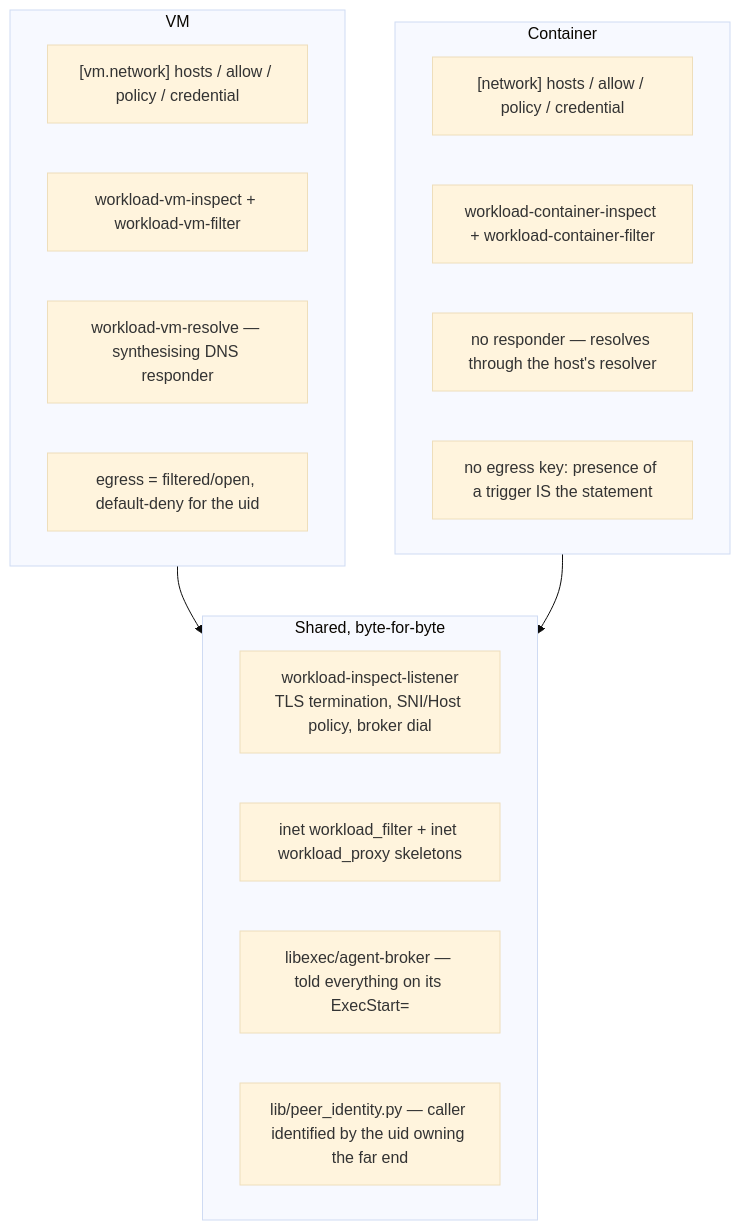
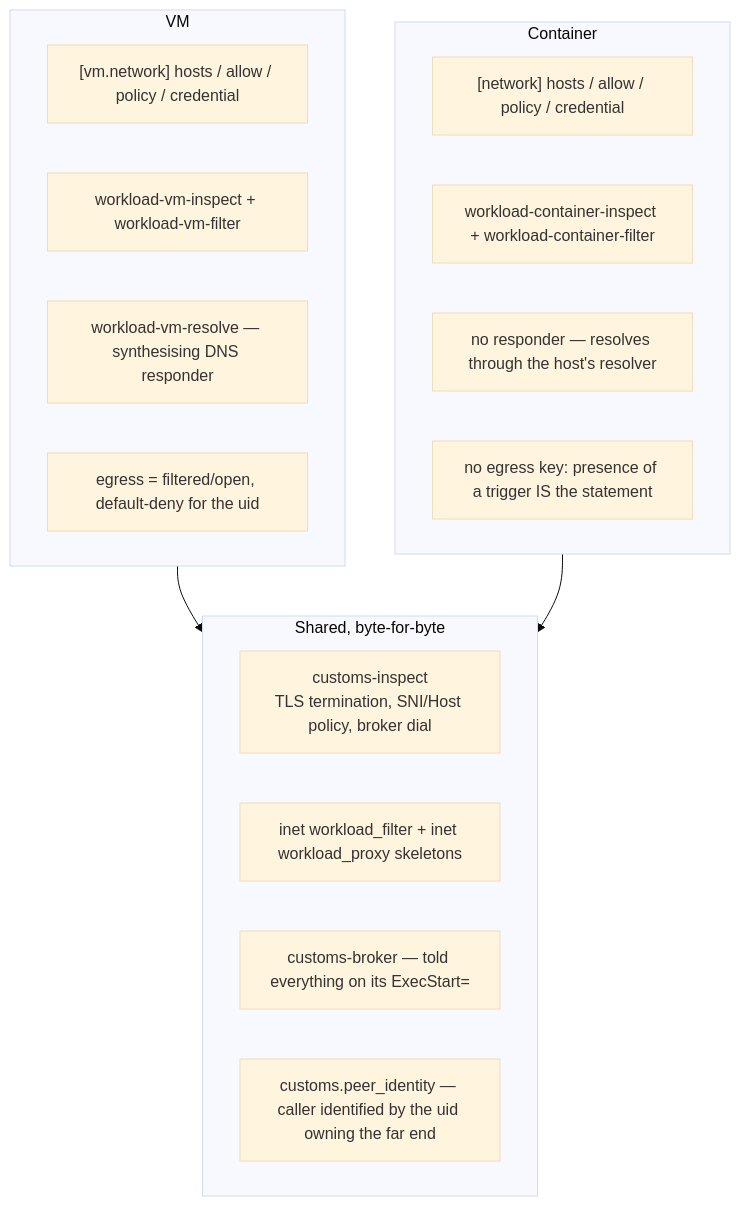
The sixth of 7 diagrams in docs/egress-and-broker-architecture.md (BenSmith/workloadctl), drawn with Mermaid (base theme) before and after one commit. The commit also changed other lines of this file and 12 other files, not shown here.

First line of the commit message:
docs: the inspector and the broker are customs'; http2 is refused

````diff
--- a/docs/egress-and-broker-architecture.md
+++ b/docs/egress-and-broker-architecture.md
@@ -242,26 +242,26 @@
 ```mermaid
 flowchart TB
   subgraph shared["Shared, byte-for-byte"]
-    LST["workload-inspect-listener<br/>TLS termination, SNI/Host policy, broker dial"]
+    LST["customs-inspect<br/>TLS termination, SNI/Host policy, broker dial"]
     NFT2["inet workload_filter + inet workload_proxy skeletons"]
-    BRK["libexec/agent-broker — told everything on its ExecStart="]
-    PI["lib/peer_identity.py — caller identified by the uid owning the far end"]
+    BRK["customs-broker — told everything on its ExecStart="]
+    PI["customs.peer_identity — caller identified by the uid owning the far end"]
   end
 
   subgraph vm["VM"]
     VT["[vm.network] hosts / allow / policy / credential"]
     VA["workload-vm-inspect + workload-vm-filter"]
     VR["workload-vm-resolve — synthesising DNS responder"]
     VE["egress = filtered/open, default-deny for the uid"]
   end
 
   subgraph ct["Container"]
     CT["[network] hosts / allow / policy / credential"]
     CA["workload-container-inspect + workload-container-filter"]
     CN["no responder — resolves through the host's resolver"]
     CE["no egress key: presence of a trigger IS the statement"]
   end
 
   vm --> shared
   ct --> shared
 ```
````
